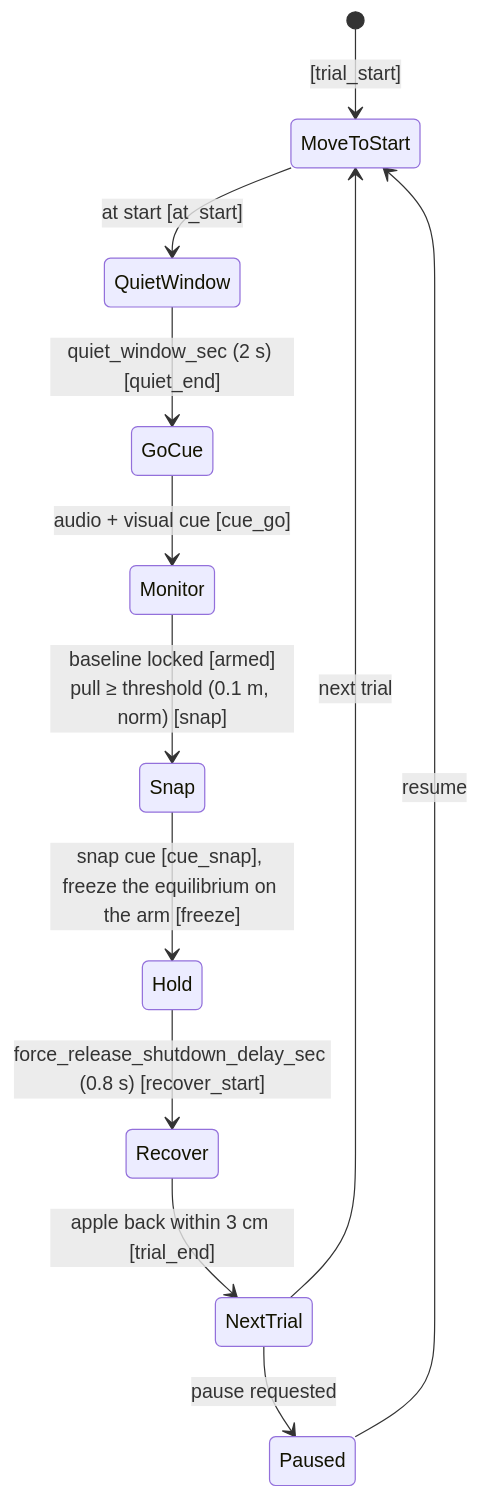
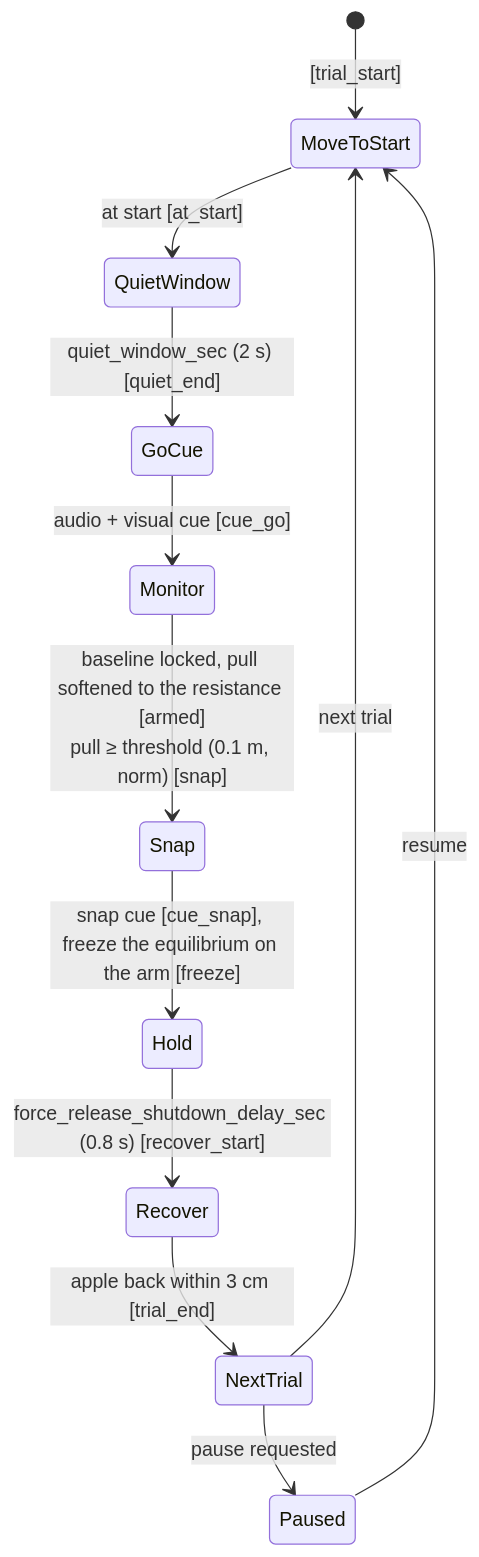
The fourth of 9 diagrams in README.md (sinthlab/sinthlab-kuka-stack), drawn with Mermaid before and after one commit. The commit also changed other lines of this file and 11 other files, not shown here.

````diff
--- a/README.md
+++ b/README.md
@@ -1345,14 +1387,14 @@
 ```mermaid
 stateDiagram-v2
     [*] --> MoveToStart : [trial_start]
     MoveToStart --> QuietWindow : at start [at_start]
     QuietWindow --> GoCue : quiet_window_sec (2 s) [quiet_end]
     GoCue --> Monitor : audio + visual cue [cue_go]
-    Monitor --> Snap : baseline locked [armed]<br/>pull ≥ threshold (0.1 m, norm) [snap]
+    Monitor --> Snap : baseline locked, pull softened to the resistance [armed]<br/>pull ≥ threshold (0.1 m, norm) [snap]
     Snap --> Hold : snap cue [cue_snap], freeze the equilibrium on the arm [freeze]
     Hold --> Recover : force_release_shutdown_delay_sec (0.8 s) [recover_start]
     Recover --> NextTrial : apple back within 3 cm [trial_end]
     NextTrial --> MoveToStart : next trial
     NextTrial --> Paused : pause requested
     Paused --> MoveToStart : resume
 ```
````
